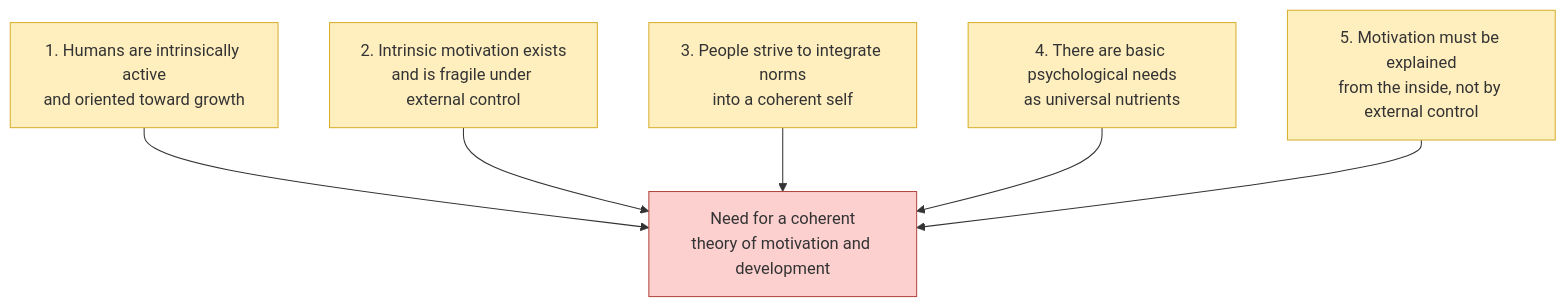
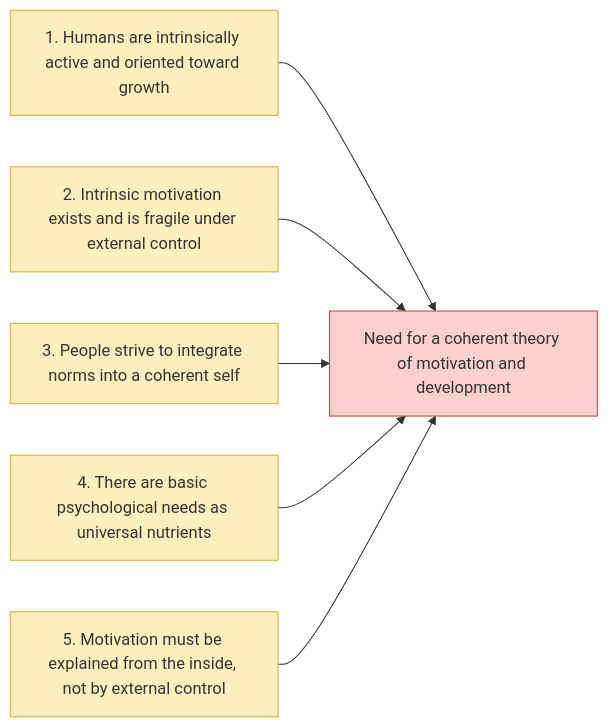
Before and after one commit to vbncmx/vbncmx.github.io: the diagram in _posts/2026-04-07-ryan-deci-sdt-notes.markdown, drawn with Mermaid.

````diff
--- a/_posts/2026-04-07-ryan-deci-sdt-notes.markdown
+++ b/_posts/2026-04-07-ryan-deci-sdt-notes.markdown
@@ -29,19 +29,15 @@
 ```mermaid
-flowchart TD
-    A[1. Humans are intrinsically active<br/>and oriented toward growth] --> F[Need for a coherent<br/>theory of motivation and development]
+flowchart LR
+    A[1. Humans are intrinsically active and oriented toward growth] --> F[Need for a coherent theory of motivation and development]
+    B[2. Intrinsic motivation exists and is fragile under external control] --> F
+    C[3. People strive to integrate norms into a coherent self] --> F
+    D[4. There are basic psychological needs as universal nutrients] --> F
+    E[5. Motivation must be explained from the inside, not by external control] --> F
 
-    B[2. Intrinsic motivation exists<br/>and is fragile under external control] --> F
-
-    C[3. People strive to integrate norms<br/>into a coherent self] --> F
-
-    D[4. There are basic psychological needs<br/>as universal nutrients] --> F
-
-    E[5. Motivation must be explained<br/>from the inside, not by external control] --> F
-    
     style A fill:#FFEFBF,stroke:#D6AF2D,stroke-width:1px,color:#333333
     style B fill:#FFEFBF,stroke:#D6AF2D,stroke-width:1px,color:#333333
     style C fill:#FFEFBF,stroke:#D6AF2D,stroke-width:1px,color:#333333
     style D fill:#FFEFBF,stroke:#D6AF2D,stroke-width:1px,color:#333333
     style E fill:#FFEFBF,stroke:#D6AF2D,stroke-width:1px,color:#333333
     style F fill:#FBD0CF,stroke:#B14840,stroke-width:1px,color:#333333
 ```
````
